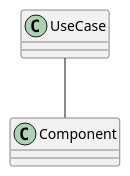
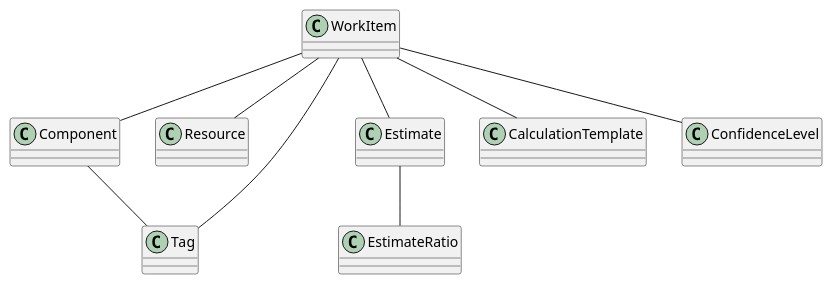
The diagram in docs/domain-model.plantuml (bobbyache/EffortEstimator), drawn with PlantUML before and after one commit. The commit also changed 7 other files, not shown here.

```diff
--- a/docs/domain-model.plantuml
+++ b/docs/domain-model.plantuml
@@ -1,9 +1,25 @@
 @startuml
     ' https://plantuml.com/salt
-    
+
     class Component {}
-    class UseCase {}
+    class WorkItem {}
+    class Resource {}
+    class Tag {}
+    class Estimate {}
+    class CalculationTemplate {}
+    class ConfidenceLevel {}
+    class EstimateRatio {}
 
-    UseCase -- Component
+    Component -- Tag
+    WorkItem -- Estimate
+    WorkItem -- Tag
+    Estimate -- EstimateRatio
+
+
+
+    WorkItem -- Component
+    WorkItem -- CalculationTemplate
+    WorkItem -- Resource
+    WorkItem -- ConfidenceLevel
 
 @enduml
```
